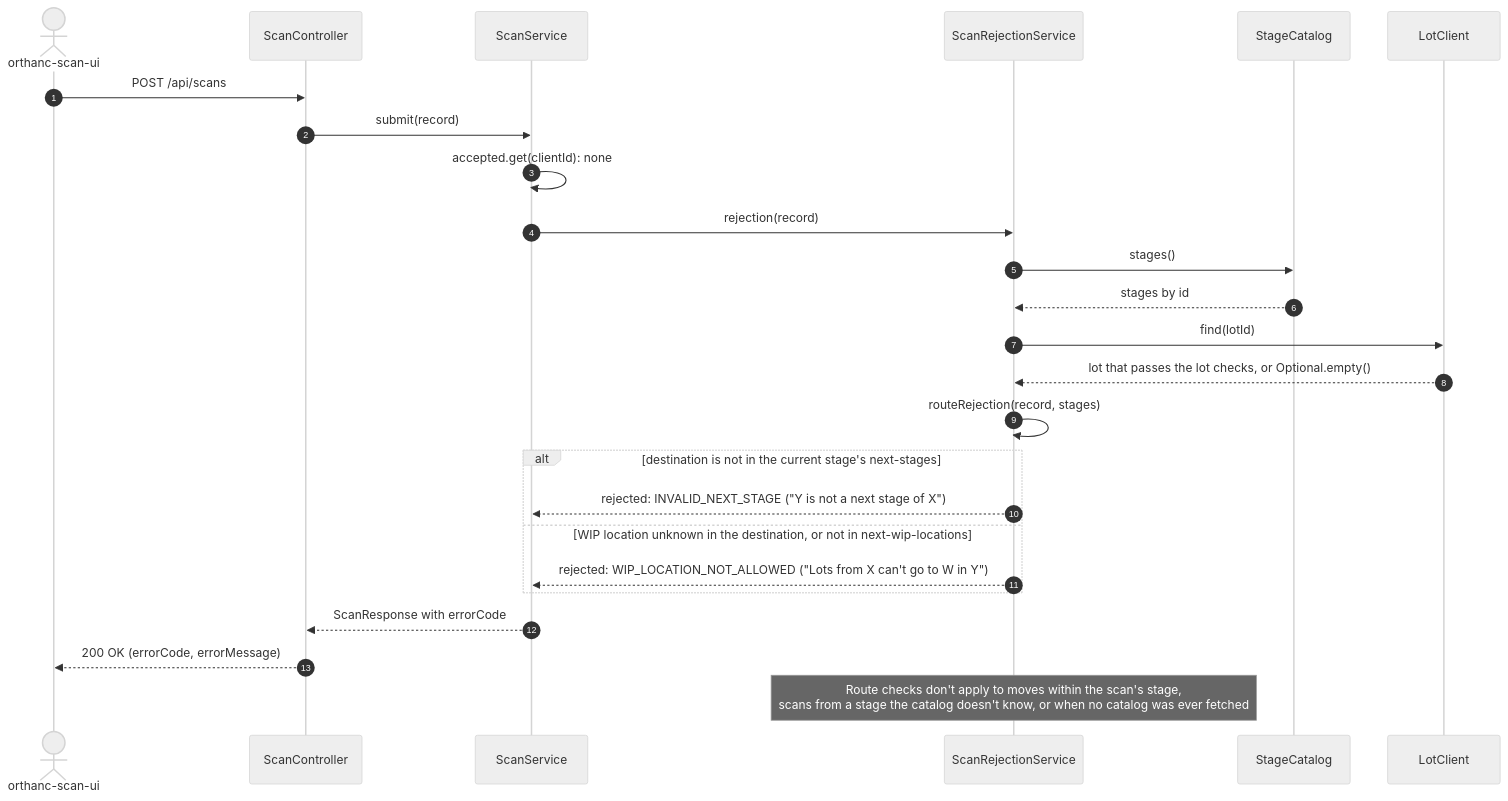
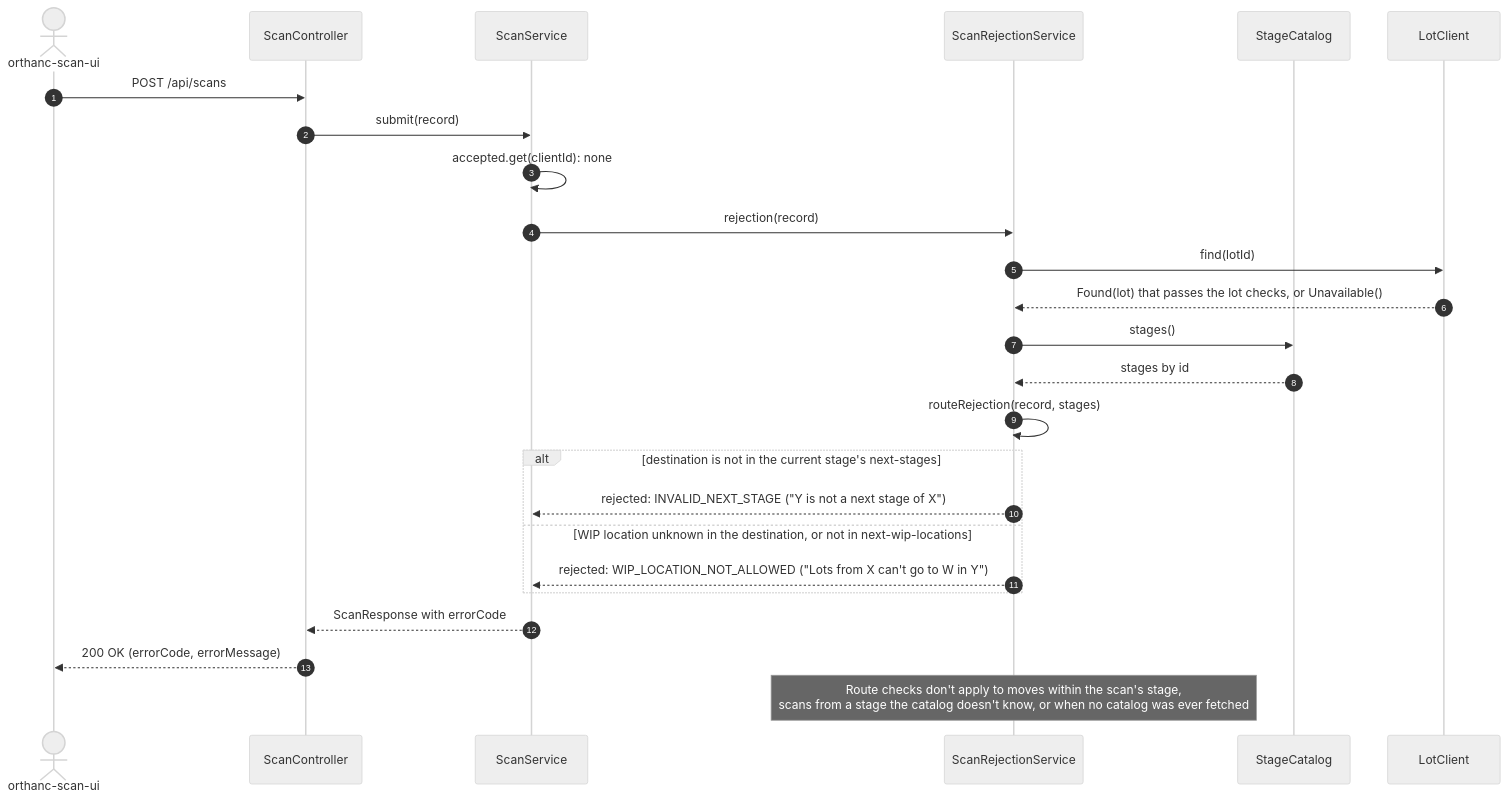
The seventh of 16 diagrams in docs/class-diagram.md (spydrone13/orthanc-scan-producer), drawn with Mermaid (neutral theme) before and after one commit. The commit also changed other lines of this file and 5 other files, not shown here.

Commit message:
Allow scans for lots not found

````diff
--- a/docs/class-diagram.md
+++ b/docs/class-diagram.md
@@ -463,28 +486,28 @@
 ```mermaid
 sequenceDiagram
     autonumber
     actor UI as orthanc-scan-ui
     participant Ctrl as ScanController
     participant Svc as ScanService
     participant Rej as ScanRejectionService
     participant Catalog as StageCatalog
     participant Lots as LotClient
 
     UI->>Ctrl: POST /api/scans
     Ctrl->>Svc: submit(record)
     Svc->>Svc: accepted.get(clientId): none
     Svc->>Rej: rejection(record)
+    Rej->>Lots: find(lotId)
+    Lots-->>Rej: Found(lot) that passes the lot checks, or Unavailable()
     Rej->>Catalog: stages()
     Catalog-->>Rej: stages by id
-    Rej->>Lots: find(lotId)
-    Lots-->>Rej: lot that passes the lot checks, or Optional.empty()
     Rej->>Rej: routeRejection(record, stages)
     alt destination is not in the current stage's next-stages
         Rej-->>Svc: rejected: INVALID_NEXT_STAGE ("Y is not a next stage of X")
     else WIP location unknown in the destination, or not in next-wip-locations
         Rej-->>Svc: rejected: WIP_LOCATION_NOT_ALLOWED ("Lots from X can't go to W in Y")
     end
     Svc-->>Ctrl: ScanResponse with errorCode
     Ctrl-->>UI: 200 OK (errorCode, errorMessage)
     Note over Rej: Route checks don't apply to moves within the scan's stage,<br/>scans from a stage the catalog doesn't know, or when no catalog was ever fetched
 ```
````
